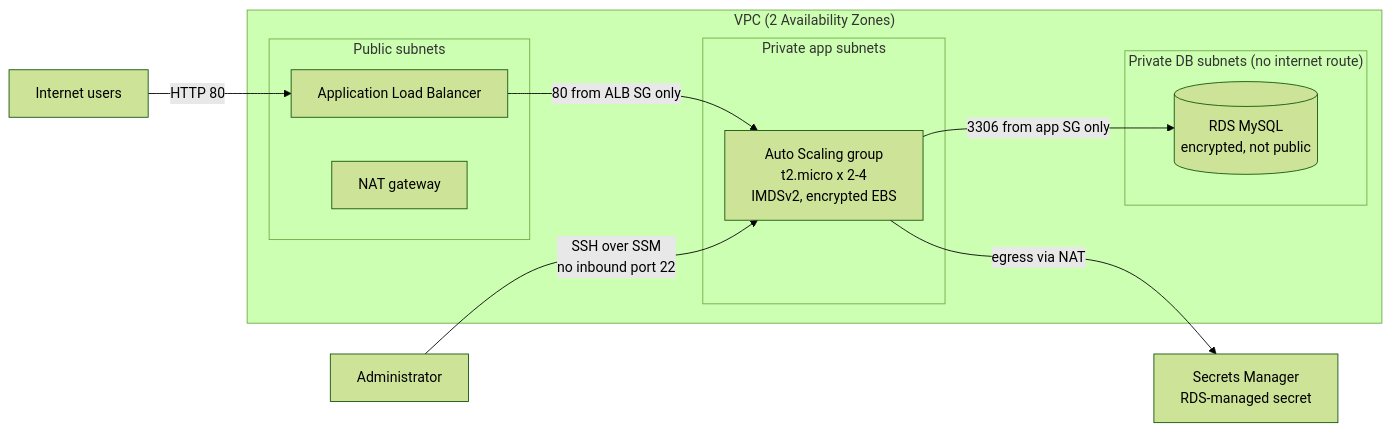
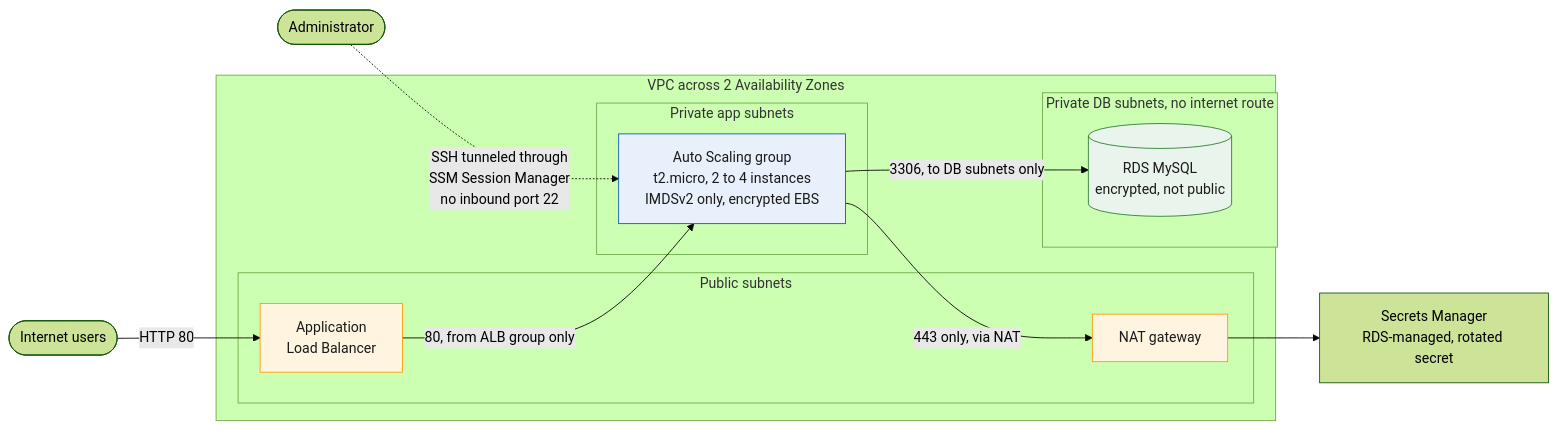
Before and after one commit to bruceweygandt/aca-capstone-terraform: the first of 2 diagrams in README.md, drawn with Mermaid (forest theme). The commit also changed other lines of this file, not shown here.

````diff
--- a/README.md
+++ b/README.md
@@ -24,22 +51,30 @@
 ```mermaid
 flowchart LR
-    U[Internet users] -->|HTTP 80| ALB
+    U([Internet users]) -->|HTTP 80| ALB
+    ADMIN([Administrator]) -.->|SSH tunneled through<br/>SSM Session Manager<br/>no inbound port 22| ASG
 
-    subgraph VPC["VPC (2 Availability Zones)"]
+    subgraph VPC["VPC across 2 Availability Zones"]
         subgraph PUB["Public subnets"]
-            ALB[Application Load Balancer]
+            ALB[Application<br/>Load Balancer]
             NAT[NAT gateway]
         end
         subgraph APP["Private app subnets"]
-            ASG["Auto Scaling group<br/>t2.micro x 2-4<br/>IMDSv2, encrypted EBS"]
+            ASG["Auto Scaling group<br/>t2.micro, 2 to 4 instances<br/>IMDSv2 only, encrypted EBS"]
         end
-        subgraph DB["Private DB subnets (no internet route)"]
-            RDS[(RDS MySQL<br/>encrypted, not public)]
+        subgraph DATA["Private DB subnets, no internet route"]
+            RDS[("RDS MySQL<br/>encrypted, not public")]
         end
     end
 
-    ALB -->|80 from ALB SG only| ASG
-    ASG -->|3306 from app SG only| RDS
-    ASG -->|egress via NAT| SM[Secrets Manager<br/>RDS-managed secret]
-    ADMIN[Administrator] -->|SSH over SSM<br/>no inbound port 22| ASG
+    ALB -->|80, from ALB group only| ASG
+    ASG -->|3306, to DB subnets only| RDS
+    ASG -->|443 only, via NAT| NAT
+    NAT --> SM[Secrets Manager<br/>RDS-managed, rotated secret]
+
+    classDef pub fill:#FFF4E0,stroke:#FF9900,color:#1a1a1a
+    classDef app fill:#E8F1FB,stroke:#0B5CAD,color:#1a1a1a
+    classDef data fill:#E9F5EC,stroke:#2E7D32,color:#1a1a1a
+    class ALB,NAT pub
+    class ASG app
+    class RDS data
 ```
````
